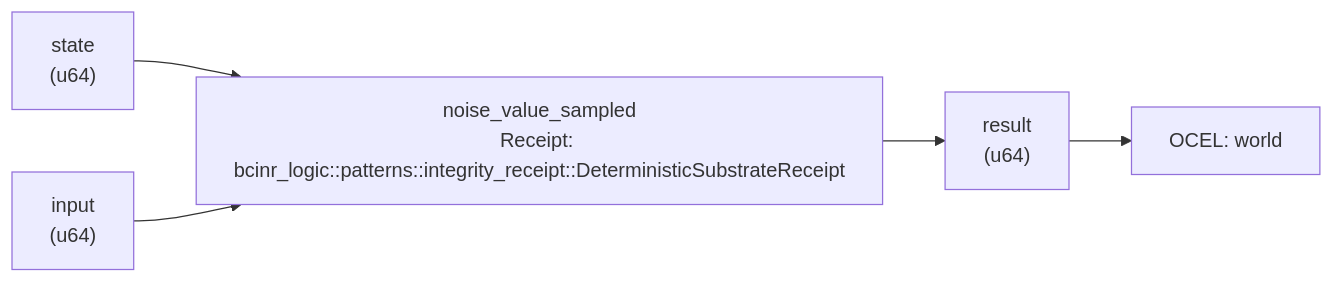
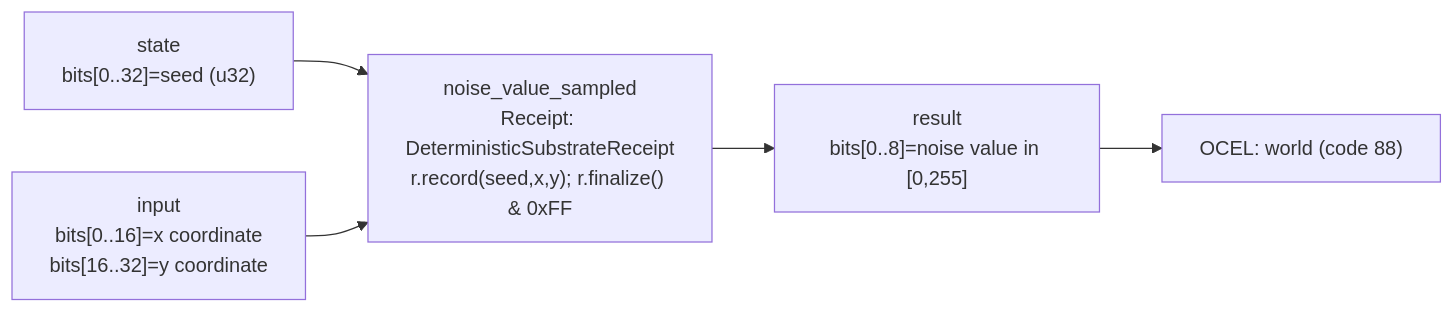
One commit to seanchatmangpt/bcinr changed the diagram in crates/wasm4games/docs/patterns/noise_value_sampled.md. Above: the diagram before and after it, drawn with Mermaid. The commit also changed other lines of this file and 36 other files, not shown here.

````diff
--- a/crates/wasm4games/docs/patterns/noise_value_sampled.md
+++ b/crates/wasm4games/docs/patterns/noise_value_sampled.md
@@ -56,12 +38,12 @@
 ```mermaid
 graph LR
-    state["state\n(u64)"]
-    input["input\n(u64)"]
-    kernel["noise_value_sampled\nReceipt: bcinr_logic::patterns::integrity_receipt::DeterministicSubstrateReceipt"]
-    result["result\n(u64)"]
+    state["state\nbits[0..32]=seed (u32)"]
+    input["input\nbits[0..16]=x coordinate\nbits[16..32]=y coordinate"]
+    kernel["noise_value_sampled\nReceipt: DeterministicSubstrateReceipt\nr.record(seed,x,y); r.finalize() & 0xFF"]
+    result["result\nbits[0..8]=noise value in [0,255]"]
     state --> kernel
     input --> kernel
     kernel --> result
-    ocel_0["OCEL: world"]
+    ocel_0["OCEL: world (code 88)"]
     result --> ocel_0
 ```
````
